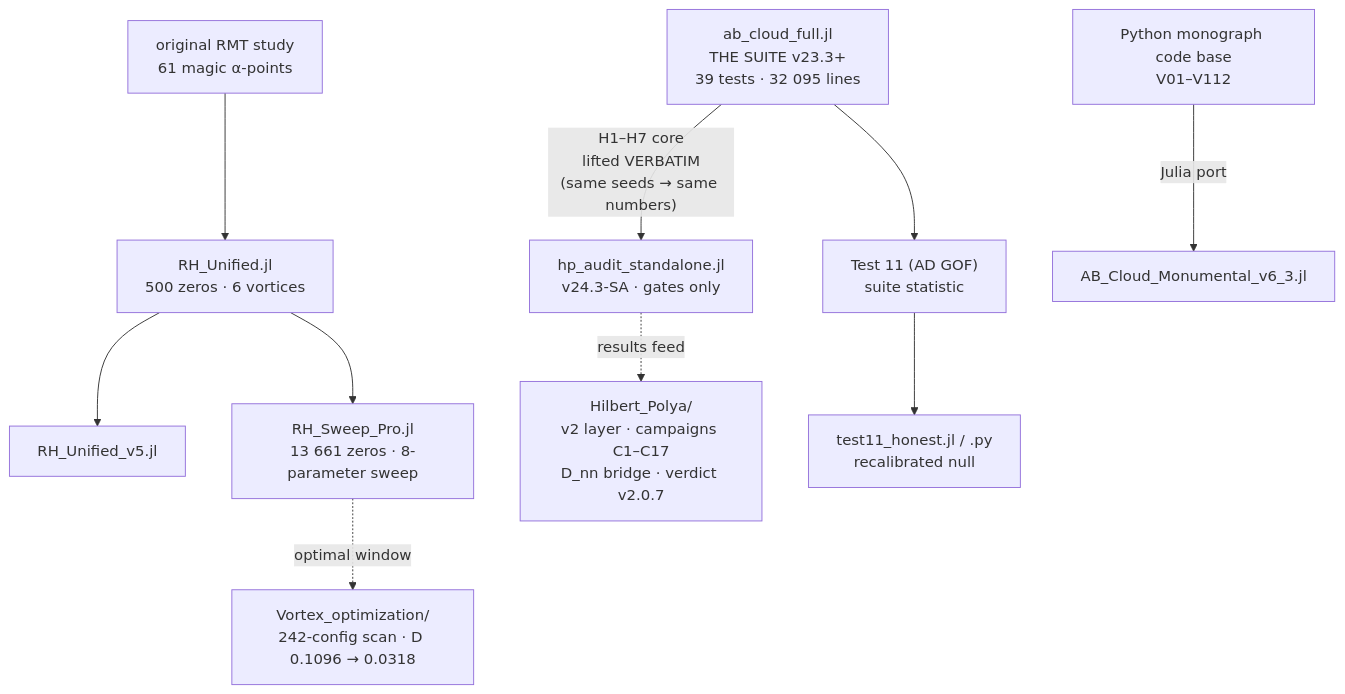
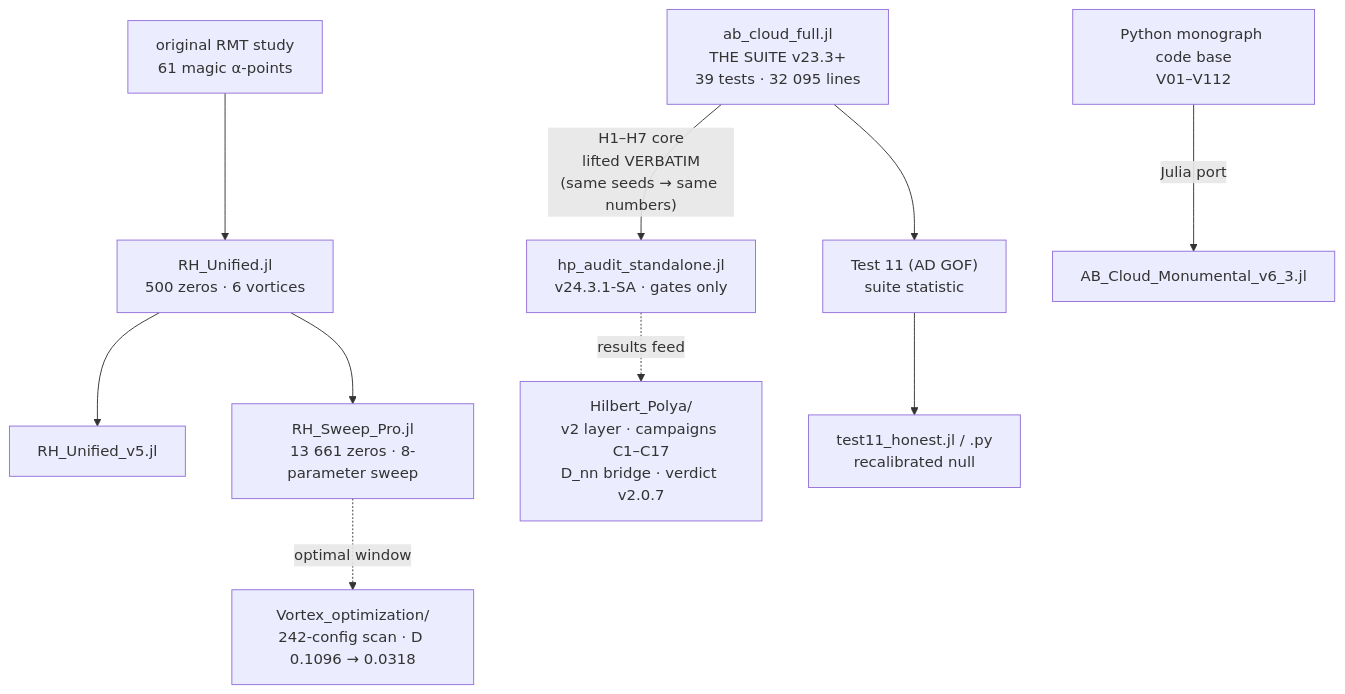
One commit to wild8highlander/ab-cloud-research changed the second of 2 diagrams in meridian-spectral-observatory/README.md. Above: the diagram before and after it, drawn with Mermaid. The commit also changed other lines of this file and 4 other files, not shown here.

````diff
--- a/meridian-spectral-observatory/README.md
+++ b/meridian-spectral-observatory/README.md
@@ -195,12 +195,12 @@
 ```mermaid
 flowchart TD
     ORIG["original RMT study<br/>61 magic α-points"] --> RHU["RH_Unified.jl<br/>500 zeros · 6 vortices"]
     RHU --> RHU5["RH_Unified_v5.jl"]
     RHU --> RHSP["RH_Sweep_Pro.jl<br/>13 661 zeros · 8-parameter sweep"]
-    SUITE["ab_cloud_full.jl<br/>THE SUITE v23.3+<br/>39 tests · 32 095 lines"] -- "H1–H7 core<br/>lifted VERBATIM<br/>(same seeds → same numbers)" --> HPA["hp_audit_standalone.jl<br/>v24.3-SA · gates only"]
+    SUITE["ab_cloud_full.jl<br/>THE SUITE v23.3+<br/>39 tests · 32 095 lines"] -- "H1–H7 core<br/>lifted VERBATIM<br/>(same seeds → same numbers)" --> HPA["hp_audit_standalone.jl<br/>v24.3.1-SA · gates only"]
     PYMON["Python monograph code base<br/>V01–V112"] -- "Julia port" --> MON["AB_Cloud_Monumental_v6_3.jl"]
     T11["Test 11 (AD GOF)<br/>suite statistic"] --> T11H["test11_honest.jl / .py<br/>recalibrated null"]
     SUITE --> T11
     HPA -. "results feed" .-> HP["Hilbert_Polya/<br/>v2 layer · campaigns C1–C17<br/>D_nn bridge · verdict v2.0.7"]
     RHSP -. "optimal window" .-> VOR["Vortex_optimization/<br/>242-config scan · D 0.1096 → 0.0318"]
 ```
````
